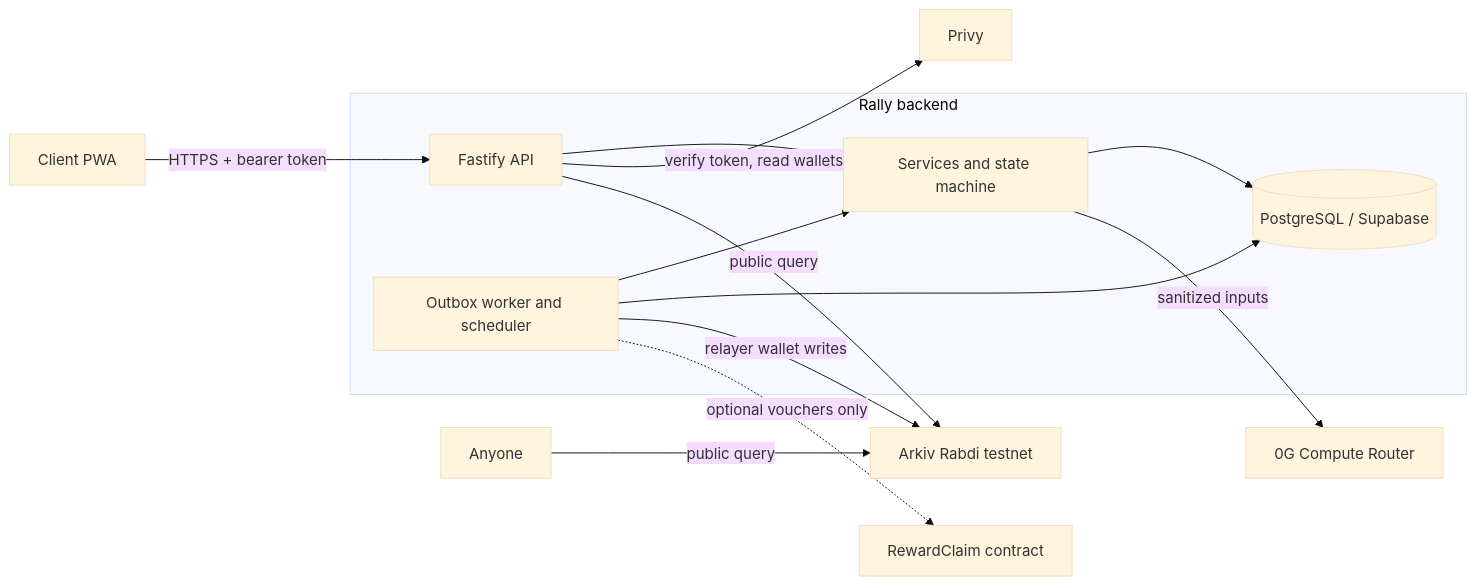
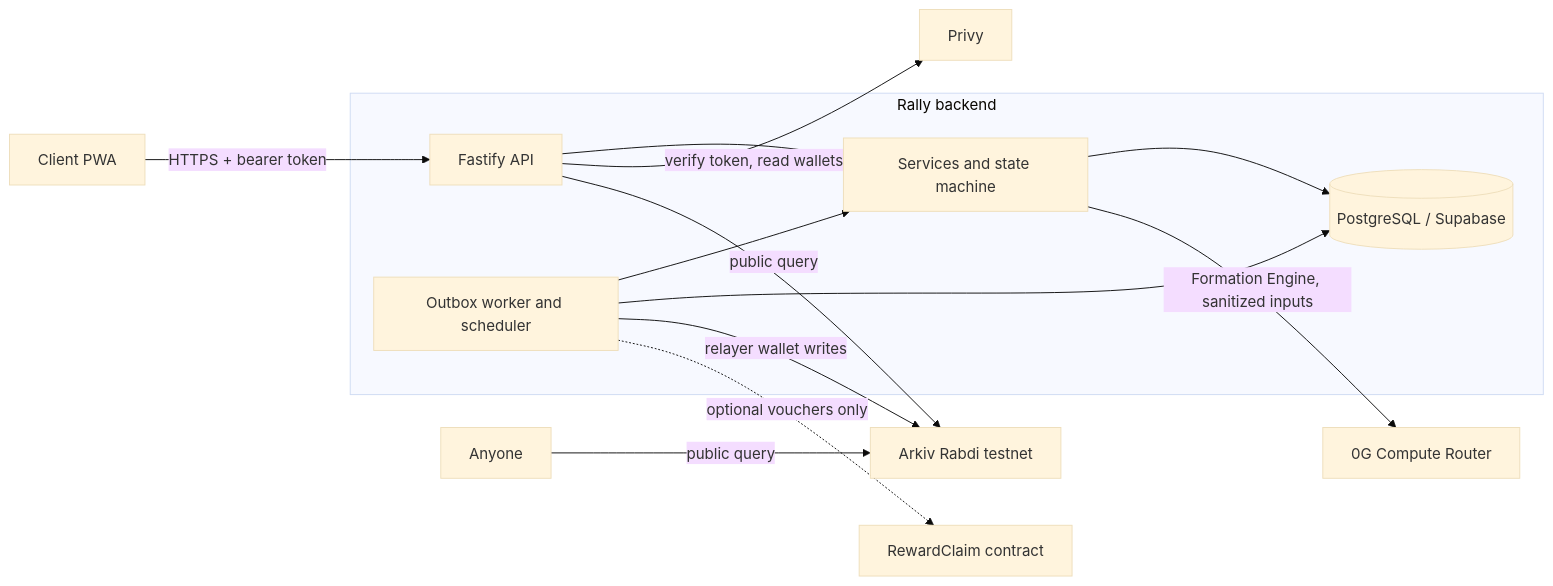
Before and after one commit to ChanX21/rally: the first of 9 diagrams in backend/ARCHITECTURE.md, drawn with Mermaid (base theme). The commit also changed other lines of this file and 43 other files, not shown here.

First line of the commit message:
feat(backend): run all inference through the Formation Engine

````diff
--- a/backend/ARCHITECTURE.md
+++ b/backend/ARCHITECTURE.md
@@ -8,16 +8,16 @@
 ```mermaid
 flowchart LR
   PWA[Client PWA] -->|HTTPS + bearer token| API
   subgraph Rally backend
     API[Fastify API] --> SVC[Services and state machine]
     WRK[Outbox worker and scheduler] --> SVC
     SVC --> PG[(PostgreSQL / Supabase)]
     WRK --> PG
   end
   API -->|verify token, read wallets| PRIVY[Privy]
-  SVC -->|sanitized inputs| ZG[0G Compute Router]
+  SVC -->|Formation Engine, sanitized inputs| ZG[0G Compute Router]
   WRK -->|relayer wallet writes| ARKIV[Arkiv Rabdi testnet]
   API -->|public query| ARKIV
   PUBLIC[Anyone] -->|public query| ARKIV
   WRK -.->|optional vouchers only| CONTRACT[RewardClaim contract]
 ```
````
